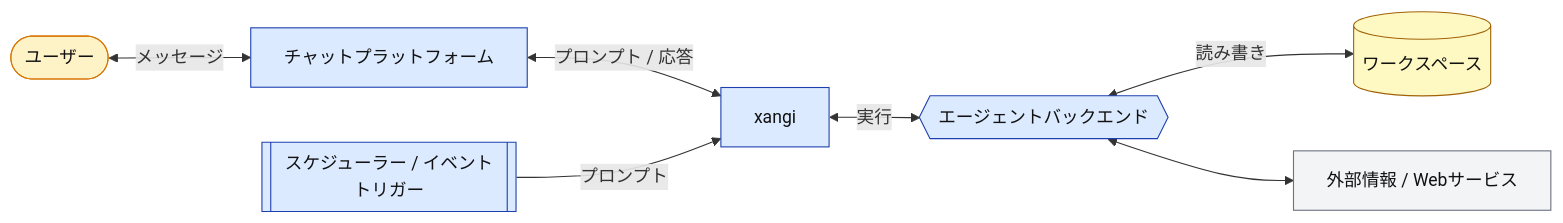
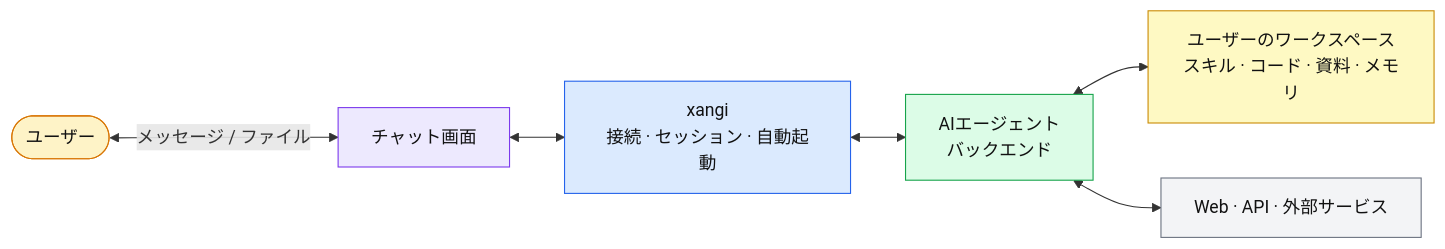
Before and after one commit to yutacar/xangi: the diagram in README.md, drawn with Mermaid. The commit also changed other lines of this file and 22 other files, not shown here.

````diff
--- a/README.md
+++ b/README.md
@@ -28,18 +22,20 @@
 ```mermaid
 flowchart LR
-    User([ユーザー]) <-->|メッセージ| Platform[チャットプラットフォーム]
-    Platform <-->|プロンプト / 応答| xangi[xangi]
-    xangi <-->|実行| Backend{{エージェントバックエンド}}
-    Backend <-->|読み書き| WS[(ワークスペース)]
-    Backend <--> External[外部情報 / Webサービス]
-    Scheduler[[スケジューラー / イベントトリガー]] -->|プロンプト| xangi
-
+    User([ユーザー]) <-->|メッセージ / ファイル| Channels[チャット画面]
+    Channels <--> Xangi[xangi<br>接続 · セッション · 自動起動]
+    Xangi <--> Backend[AIエージェント<br>バックエンド]
+    Backend <--> Workspace[ユーザーのワークスペース<br>スキル · コード · 資料 · メモリ]
+    Backend <--> External[Web · API · 外部サービス]
     classDef user fill:#fef3c7,stroke:#d97706,color:#111;
-    classDef core fill:#dbeafe,stroke:#1e40af,color:#111;
-    classDef ws fill:#fef9c3,stroke:#a16207,color:#111;
-    classDef ext fill:#f3f4f6,stroke:#6b7280,color:#111;
+    classDef surface fill:#ede9fe,stroke:#7c3aed,color:#111;
+    classDef core fill:#dbeafe,stroke:#2563eb,color:#111;
+    classDef agent fill:#dcfce7,stroke:#16a34a,color:#111;
+    classDef workspace fill:#fef9c3,stroke:#ca8a04,color:#111;
+    classDef external fill:#f3f4f6,stroke:#6b7280,color:#111;
     class User user;
-    class Platform,xangi,Backend,Scheduler core;
-    class WS ws;
-    class External ext;
+    class Channels surface;
+    class Xangi core;
+    class Backend agent;
+    class Workspace workspace;
+    class External external;
 ```
````
